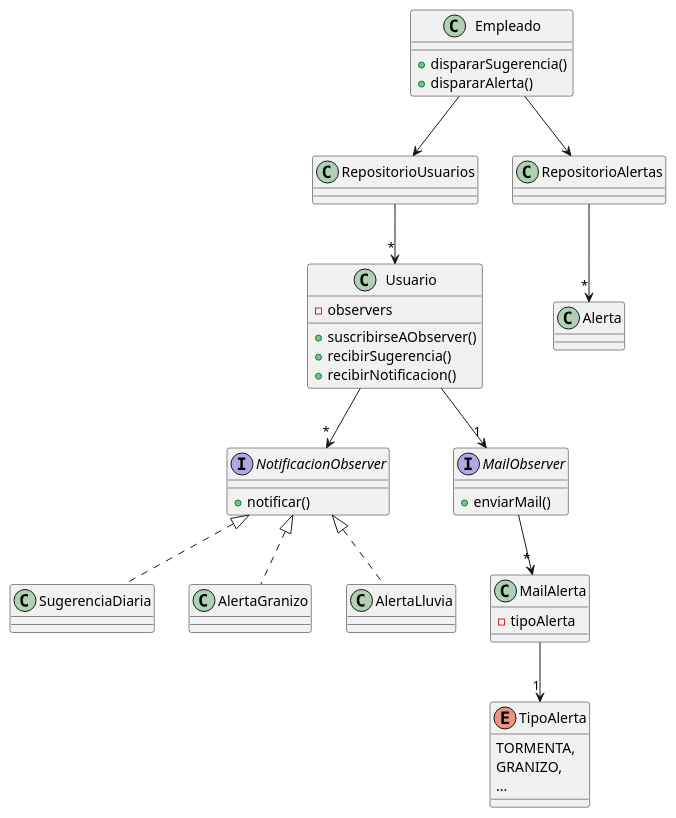
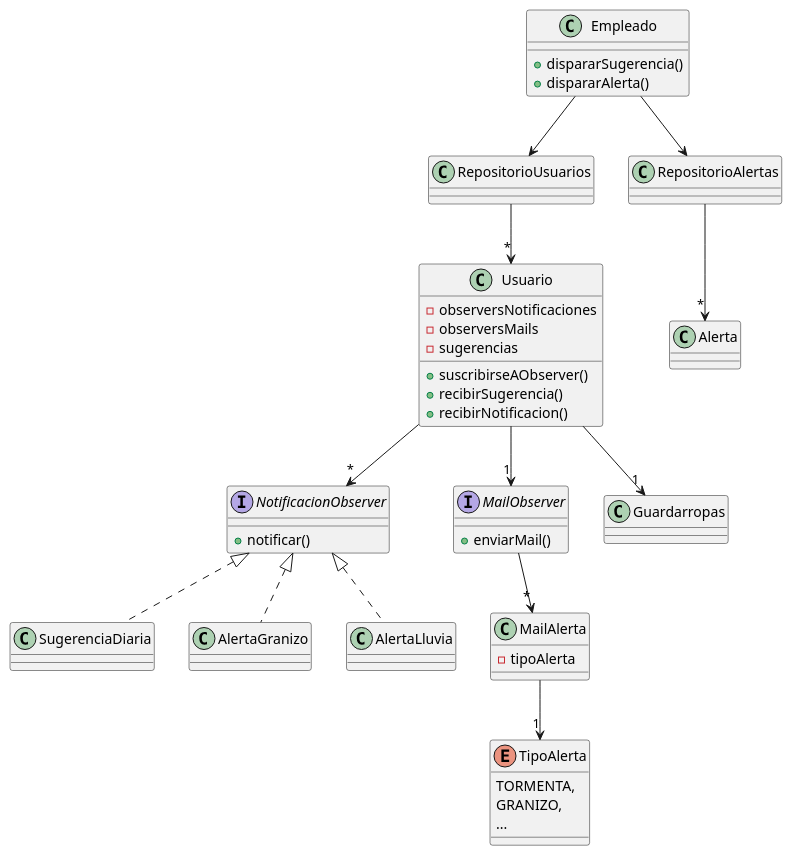
The diagram in 6ta-iteracion/diagrama.puml (mabellini/TP-QMP-dds), drawn with PlantUML before and after one commit. The commit also changed 2 other files, not shown here.

```diff
--- a/6ta-iteracion/diagrama.puml
+++ b/6ta-iteracion/diagrama.puml
@@ -1,66 +1,72 @@
 @startuml sexta-iteracion
 
 ' Documento de patrón observer: https://docs.google.com/document/d/1h8Cce8faTG65RXoElPvAsPS-I8H2MxMbemzMcYCL56I/edit#
 ' Enunciado: https://docs.google.com/document/d/1NxqhJj70kt-_4aw-CawlISdJZyedzoOcLAVJAZVZISE/edit#
 
 class Usuario {
-    - observers
+    - observersNotificaciones
+    - observersMails
+    - sugerencias
 
     + suscribirseAObserver()
     + recibirSugerencia()
     + recibirNotificacion()
 }
 
 Interface NotificacionObserver {
     + notificar()
 }
 
 class SugerenciaDiaria implements NotificacionObserver {}
 
 class AlertaGranizo implements NotificacionObserver {}
 
 class AlertaLluvia implements NotificacionObserver {}
 
 Usuario --> "*" NotificacionObserver
 
 class RepositorioUsuarios {
 }
 
 class Empleado {
     + dispararSugerencia()
     + dispararAlerta()
 }
 
 Empleado --> RepositorioUsuarios
 
 Empleado --> RepositorioAlertas
 
 RepositorioUsuarios --> "*" Usuario
 
 class RepositorioAlertas {}
 
 Interface MailObserver {
     + enviarMail()
 }
 
 class MailAlerta {
     - tipoAlerta
 }
 
 enum TipoAlerta {
     TORMENTA, 
     GRANIZO,
     ...
 }
 
 MailAlerta --> "1" TipoAlerta
 
 MailObserver --> "*" MailAlerta
 
 Usuario --> "1" MailObserver
 
 class Alerta {}
 
 RepositorioAlertas --> "*" Alerta
 
+class Guardarropas{}
+
+Usuario --> "1" Guardarropas
+
 @enduml
```
